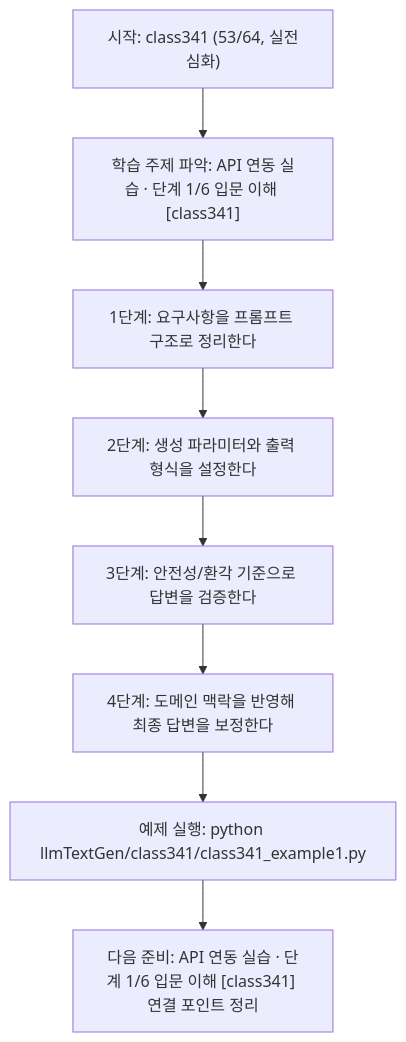
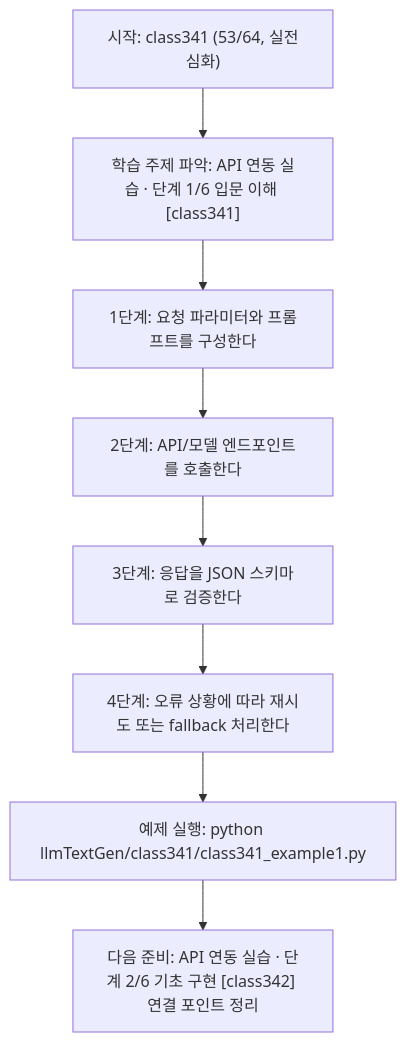
The diagram in llmTextGen/class341/class341.md (edumgt/Python-AI_Agent-Class), drawn with Mermaid before and after one commit. The commit also changed other lines of this file and 451 other files, not shown here.

````diff
--- a/llmTextGen/class341/class341.md
+++ b/llmTextGen/class341/class341.md
@@ -114,18 +95,18 @@
 ```mermaid
 flowchart TD
 N1["시작: class341 (53/64, 실전심화)"]
 N2["학습 주제 파악: API 연동 실습 · 단계 1/6 입문 이해 [class341]"]
-N3["1단계: 요구사항을 프롬프트 구조로 정리한다"]
-N4["2단계: 생성 파라미터와 출력 형식을 설정한다"]
-N5["3단계: 안전성/환각 기준으로 답변을 검증한다"]
-N6["4단계: 도메인 맥락을 반영해 최종 답변을 보정한다"]
+N3["1단계: 요청 파라미터와 프롬프트를 구성한다"]
+N4["2단계: API/모델 엔드포인트를 호출한다"]
+N5["3단계: 응답을 JSON 스키마로 검증한다"]
+N6["4단계: 오류 상황에 따라 재시도 또는 fallback 처리한다"]
 N7["예제 실행: python llmTextGen/class341/class341_example1.py"]
-N8["다음 준비: API 연동 실습 · 단계 1/6 입문 이해 [class341] 연결 포인트 정리"]
+N8["다음 준비: API 연동 실습 · 단계 2/6 기초 구현 [class342] 연결 포인트 정리"]
 N1 --> N2
 N2 --> N3
 N3 --> N4
 N4 --> N5
 N5 --> N6
 N6 --> N7
 N7 --> N8
 ```
````
